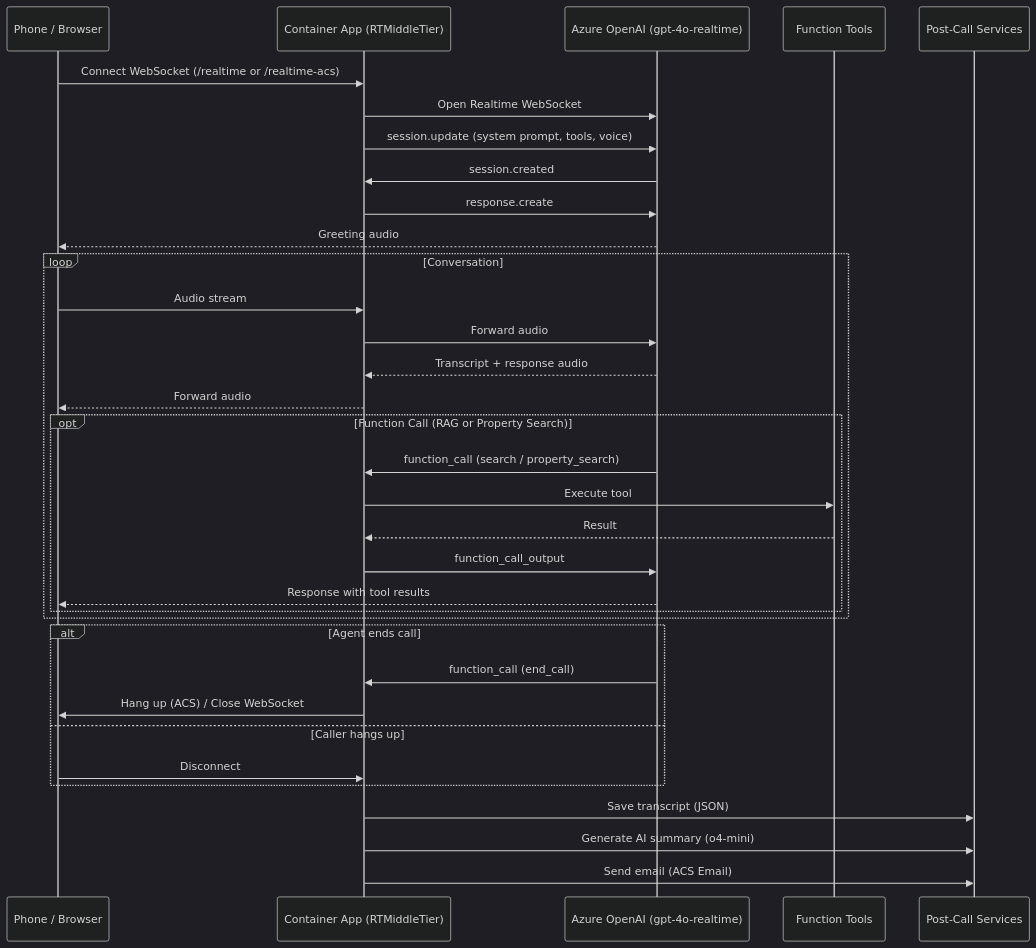
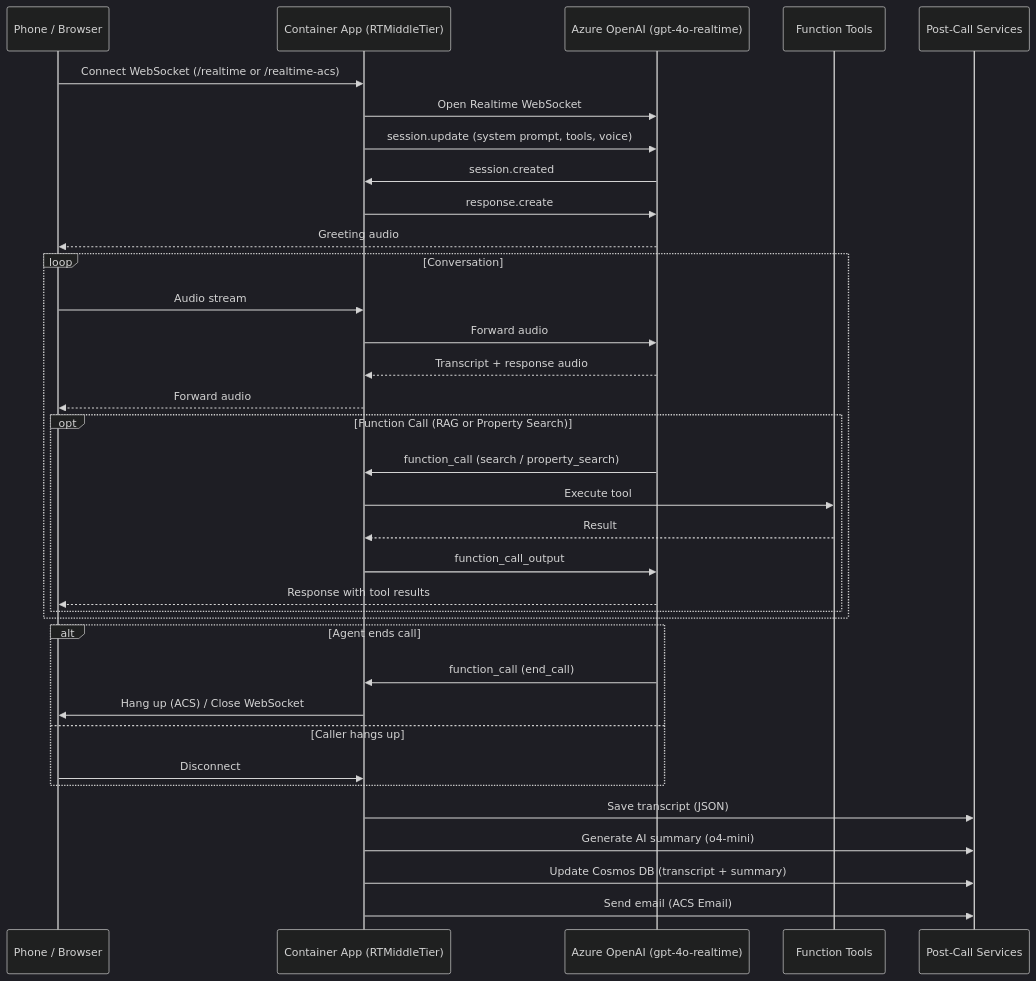
Before and after one commit to kylelee24/customer-support-agent: the second of 3 diagrams in docs/ARCHITECTURE.md, drawn with Mermaid (dark theme). The commit also changed other lines of this file and 5 other files, not shown here.

````diff
--- a/docs/ARCHITECTURE.md
+++ b/docs/ARCHITECTURE.md
@@ -63,41 +67,42 @@
 ```mermaid
 sequenceDiagram
     participant Caller as Phone / Browser
     participant App as Container App (RTMiddleTier)
     participant OAI as Azure OpenAI (gpt-4o-realtime)
     participant Tools as Function Tools
     participant Post as Post-Call Services
 
     Caller->>App: Connect WebSocket (/realtime or /realtime-acs)
     App->>OAI: Open Realtime WebSocket
     App->>OAI: session.update (system prompt, tools, voice)
     OAI->>App: session.created
     App->>OAI: response.create
     OAI-->>Caller: Greeting audio
 
     loop Conversation
         Caller->>App: Audio stream
         App->>OAI: Forward audio
         OAI-->>App: Transcript + response audio
         App-->>Caller: Forward audio
 
         opt Function Call (RAG or Property Search)
             OAI->>App: function_call (search / property_search)
             App->>Tools: Execute tool
             Tools-->>App: Result
             App->>OAI: function_call_output
             OAI-->>Caller: Response with tool results
         end
     end
 
     alt Agent ends call
         OAI->>App: function_call (end_call)
         App->>Caller: Hang up (ACS) / Close WebSocket
     else Caller hangs up
         Caller->>App: Disconnect
     end
 
     App->>Post: Save transcript (JSON)
     App->>Post: Generate AI summary (o4-mini)
+    App->>Post: Update Cosmos DB (transcript + summary)
     App->>Post: Send email (ACS Email)
 ```
````
